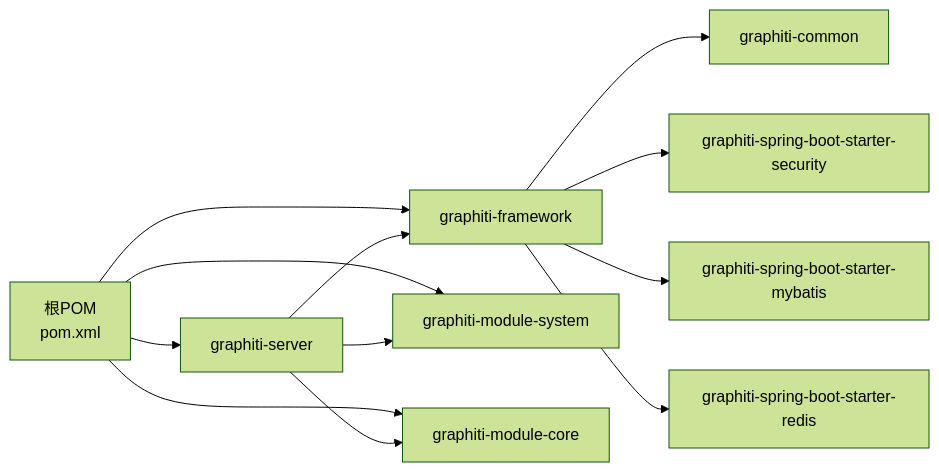
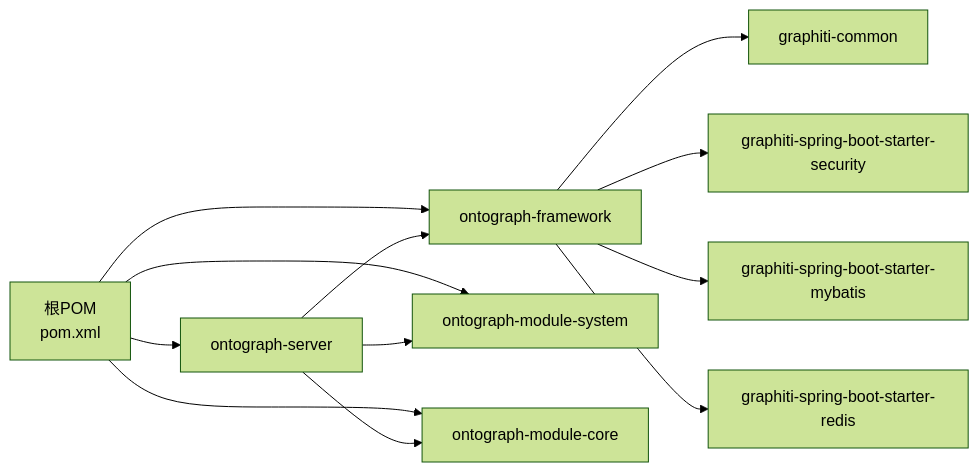
The fourth of 4 diagrams in docs/manual/开发指南/开发环境搭建.md (joezxh/graphiti-java), drawn with Mermaid (forest theme) before and after one commit. The commit also changed other lines of this file and 200 other files, not shown here.

````diff
--- a/docs/manual/开发指南/开发环境搭建.md
+++ b/docs/manual/开发指南/开发环境搭建.md
@@ -258,14 +258,14 @@
 ```mermaid
 graph LR
-Root["根POM<br/>pom.xml"] --> FW["graphiti-framework"]
-Root --> SYS["graphiti-module-system"]
-Root --> CORE["graphiti-module-core"]
-Root --> SRV["graphiti-server"]
+Root["根POM<br/>pom.xml"] --> FW["ontograph-framework"]
+Root --> SYS["ontograph-module-system"]
+Root --> CORE["ontograph-module-core"]
+Root --> SRV["ontograph-server"]
 FW --> COMMON["graphiti-common"]
 FW --> SEC["graphiti-spring-boot-starter-security"]
 FW --> MB["graphiti-spring-boot-starter-mybatis"]
 FW --> RDS["graphiti-spring-boot-starter-redis"]
 SRV --> CORE
 SRV --> SYS
 SRV --> FW
 ```
````
